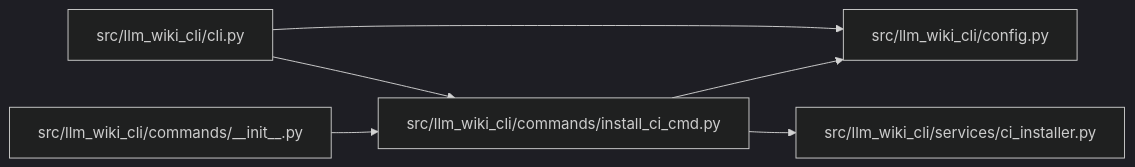
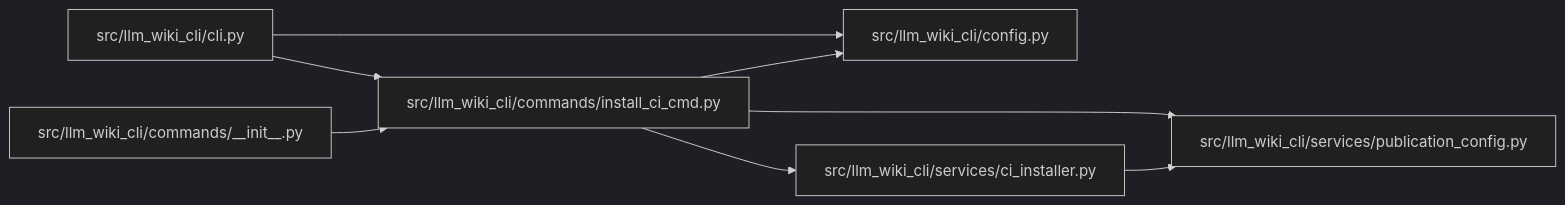
The diagram in docs/llm_wiki/modules/install_ci_cmd.md (Denissvgn/python-wiki-llm), drawn with Mermaid (dark theme) before and after one commit. The commit also changed other lines of this file and 369 other files, not shown here.

````diff
--- a/docs/llm_wiki/modules/install_ci_cmd.md
+++ b/docs/llm_wiki/modules/install_ci_cmd.md
@@ -21,18 +22,22 @@
 ```mermaid
 flowchart LR
     n0["src/llm_wiki_cli/cli.py"]
     n1["src/llm_wiki_cli/commands/__init__.py"]
     n2["src/llm_wiki_cli/commands/install_ci_cmd.py"]
     n3["src/llm_wiki_cli/config.py"]
     n4["src/llm_wiki_cli/services/ci_installer.py"]
+    n5["src/llm_wiki_cli/services/publication_config.py"]
     n0 --> n2
     n0 --> n3
     n1 --> n2
     n2 --> n3
     n2 --> n4
+    n2 --> n5
+    n4 --> n5
     click n0 "../modules/cli.md"
     click n1 "../modules/commands___init__.md"
     click n2 "../modules/install_ci_cmd.md"
     click n3 "../modules/config.md"
     click n4 "../modules/ci_installer.md"
+    click n5 "../modules/publication_config.md"
 ```
````
